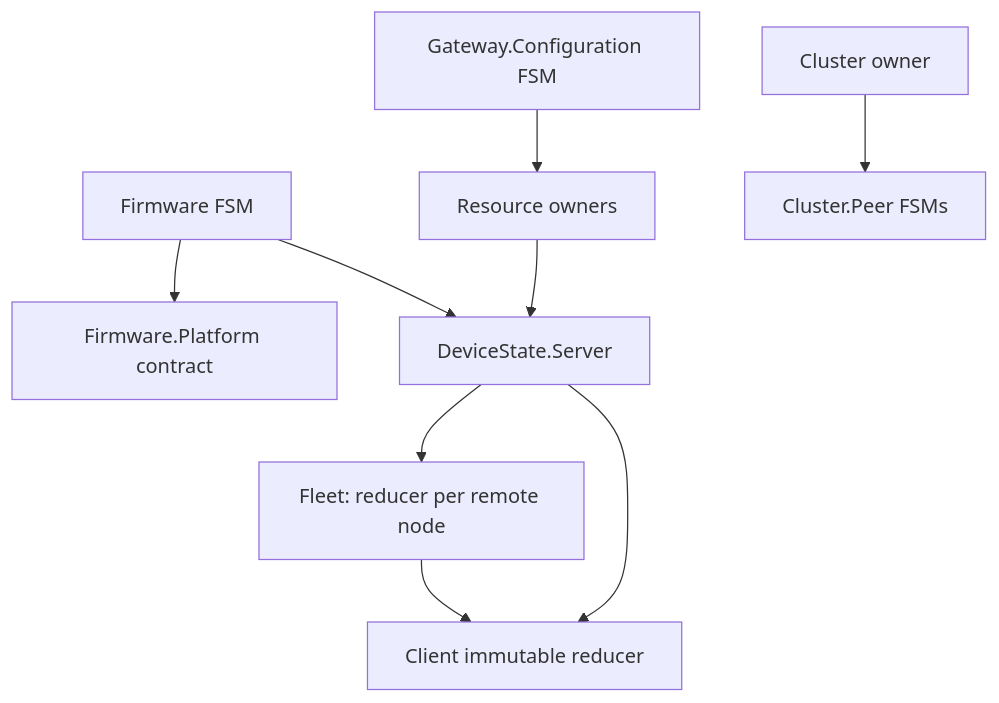
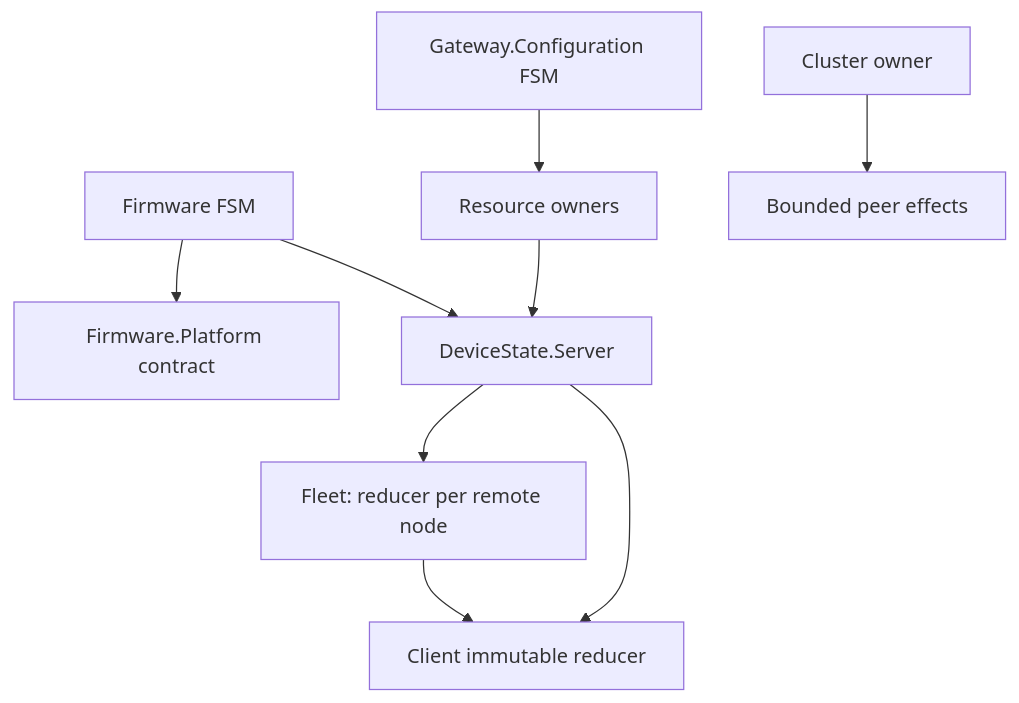
The diagram in docs/command-event-state-implementation-plan.md (sid2baker/nerves_gate), drawn with Mermaid before and after one commit. The commit also changed other lines of this file and 11 other files, not shown here.

Commit message:
Collapse cluster peer FSMs into owner

````diff
--- a/docs/command-event-state-implementation-plan.md
+++ b/docs/command-event-state-implementation-plan.md
@@ -65,11 +63,11 @@
 ```mermaid
 flowchart TD
   Firmware[Firmware FSM] --> Platform[Firmware.Platform contract]
   Configuration[Gateway.Configuration FSM] --> Owners[Resource owners]
   Owners --> DeviceState[DeviceState.Server]
   Firmware --> DeviceState
   DeviceState --> Fleet[Fleet: reducer per remote node]
   DeviceState --> Client[Client immutable reducer]
   Fleet --> Client
-  Cluster[Cluster owner] --> Peers[Cluster.Peer FSMs]
+  Cluster[Cluster owner] --> PeerEffects[Bounded peer effects]
 ```
````
